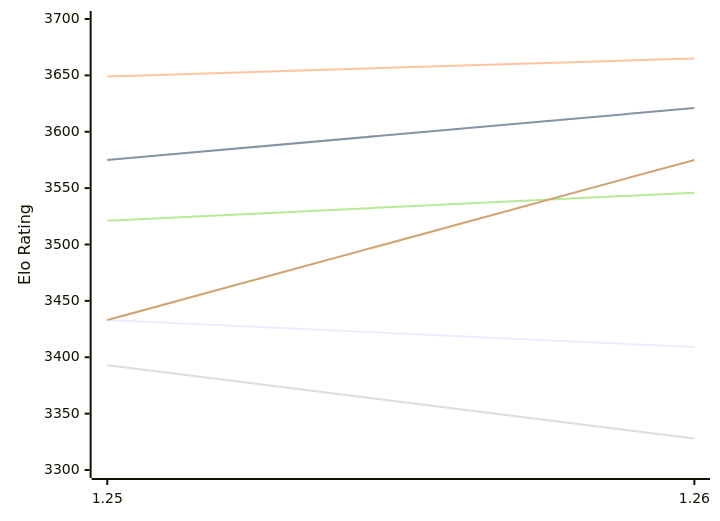
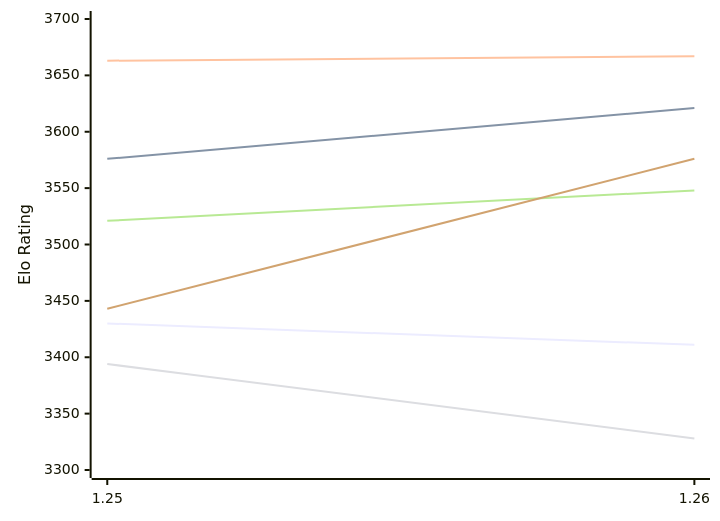
Before and after one commit to computer-chess-index/cci: the first of 2 diagrams in engines/Caissa.md, drawn with Mermaid. The commit also changed other lines of this file, not shown here.

Commit message:
Update CCI Ratings (ELO VLTC) - 2026-11-17

````diff
--- a/engines/Caissa.md
+++ b/engines/Caissa.md
@@ -56,12 +56,12 @@
 ```mermaid
 %%{init: {"theme":"base","themeVariables":{"seriesColors:['#a3a3a3','#222221','#faa371']}}}%%
 xychart-beta
   x-axis ["1.25", "1.26"]
   y-axis "Elo Rating" 3300 --> 3700
-  line "E1: STC (8.0+0.08s)" [3433, 3409]
-  line "E1: LTC (60.0+0.60s)" [3575, 3621]
-  line "E1: VLTC (2m24s+1.12s)" [3649, 3665]
-  line "P1: STC (8.0+0.08s)" [3393, 3328]
-  line "P1: LTC (60.0+0.60s)" [3521, 3546]
-  line "P1: VLTC (2m24s+1.12s)" [3433, 3575]
+  line "E1: STC (8.0+0.08s)" [3430, 3411]
+  line "E1: LTC (60.0+0.60s)" [3576, 3621]
+  line "E1: VLTC (2m24s+1.12s)" [3663, 3667]
+  line "P1: STC (8.0+0.08s)" [3394, 3328]
+  line "P1: LTC (60.0+0.60s)" [3521, 3548]
+  line "P1: VLTC (2m24s+1.12s)" [3443, 3576]
 ```
````
